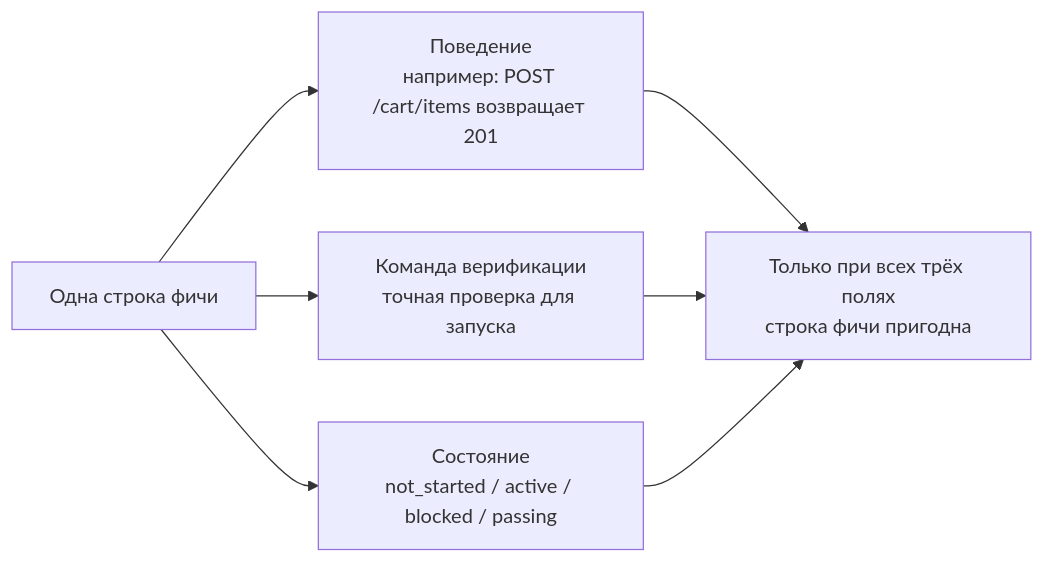
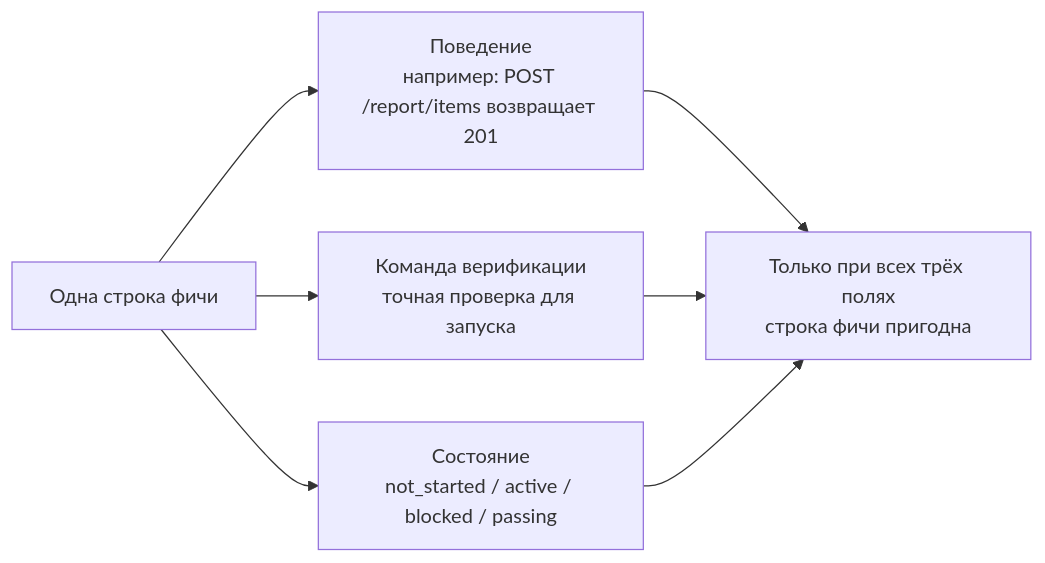
One commit to walkinglabs/learn-harness-engineering changed the first of 2 diagrams in docs/ru/lectures/lecture-08-why-feature-lists-are-harness-primitives/index.md. Above: the diagram before and after it, drawn with Mermaid. The commit also changed other lines of this file and 1324 other files, not shown here.

````diff
--- a/docs/ru/lectures/lecture-08-why-feature-lists-are-harness-primitives/index.md
+++ b/docs/ru/lectures/lecture-08-why-feature-lists-are-harness-primitives/index.md
@@ -29,10 +29,10 @@
 ```mermaid
 flowchart LR
-    Feature["Одна строка фичи"] --> Behavior["Поведение<br/>например: POST /cart/items возвращает 201"]
+    Feature["Одна строка фичи"] --> Behavior["Поведение<br/>например: POST /report/items возвращает 201"]
     Feature --> Check["Команда верификации<br/>точная проверка для запуска"]
     Feature --> State["Состояние<br/>not_started / active / blocked / passing"]
 
     Behavior --> Complete["Только при всех трёх полях<br/>строка фичи пригодна"]
     Check --> Complete
     State --> Complete
 ```
````
